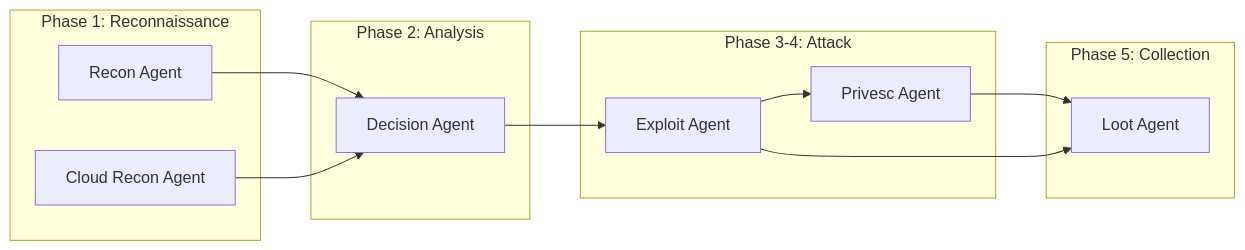
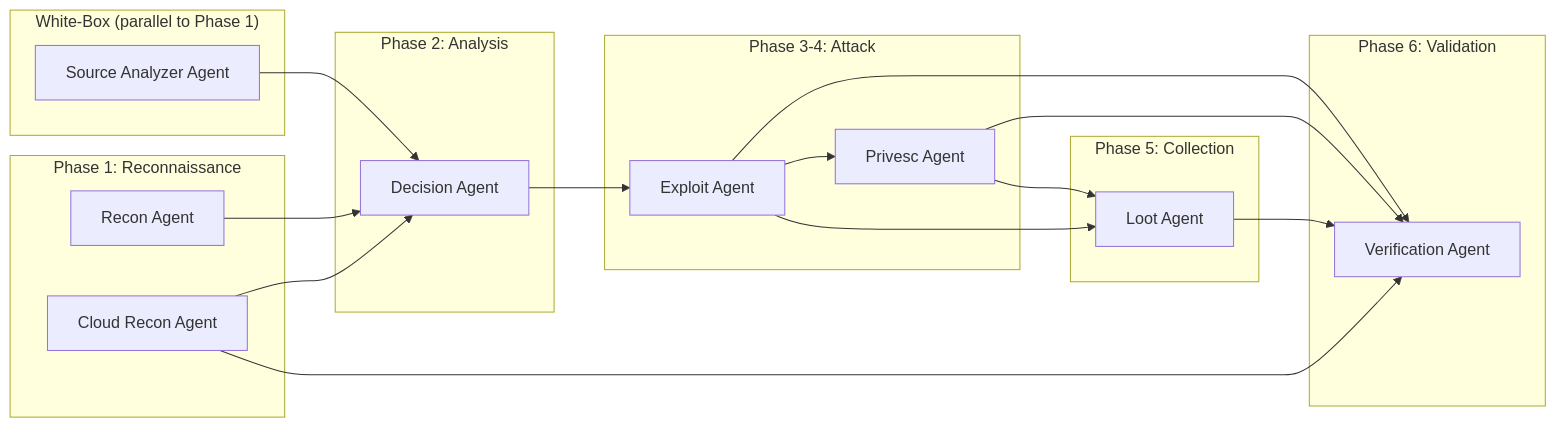
The second of 20 diagrams in docs/agents.md (goldenapplestudios/Clicky), drawn with Mermaid before and after one commit. The commit also changed other lines of this file and 5 other files, not shown here.

````diff
--- a/docs/agents.md
+++ b/docs/agents.md
@@ -55,27 +57,40 @@
 ```mermaid
 flowchart LR
     subgraph Reconnaissance["Phase 1: Reconnaissance"]
         RECON["Recon Agent"]
         CLOUD["Cloud Recon Agent"]
     end
 
     subgraph Analysis["Phase 2: Analysis"]
         DECISION["Decision Agent"]
     end
 
     subgraph Exploitation["Phase 3-4: Attack"]
         EXPLOIT["Exploit Agent"]
         PRIVESC["Privesc Agent"]
     end
 
     subgraph Collection["Phase 5: Collection"]
         LOOT["Loot Agent"]
     end
 
+    subgraph WhiteBox["White-Box (parallel to Phase 1)"]
+        SRC["Source Analyzer Agent"]
+    end
+
+    subgraph Review["Phase 6: Validation"]
+        VERIFY["Verification Agent"]
+    end
+
+    SRC --> DECISION
     RECON --> DECISION
     CLOUD --> DECISION
     DECISION --> EXPLOIT
     EXPLOIT --> PRIVESC
     PRIVESC --> LOOT
     EXPLOIT --> LOOT
+    EXPLOIT --> VERIFY
+    PRIVESC --> VERIFY
+    LOOT --> VERIFY
+    CLOUD --> VERIFY
 ```
````
